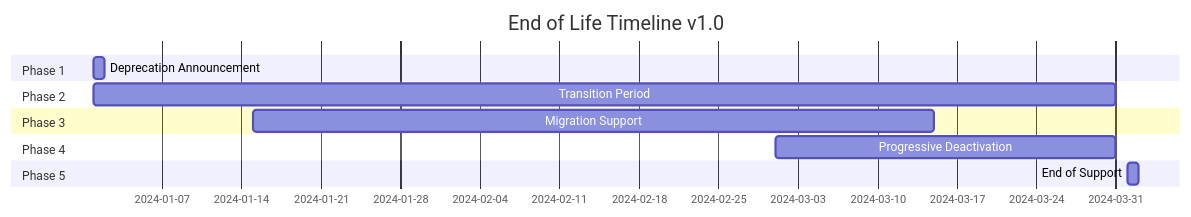
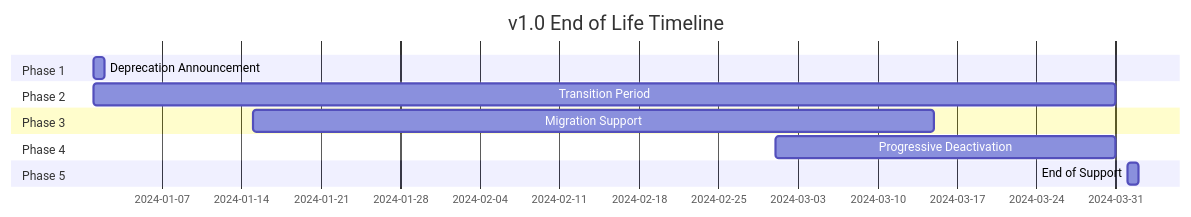
Before and after one commit to monmaya/pyb-data-contracts: the second of 2 diagrams in docs/en/articles/03-workflow-and-versioning.md, drawn with Mermaid. The commit also changed other lines of this file and 10 other files, not shown here.

````diff
--- a/docs/en/articles/03-workflow-and-versioning.md
+++ b/docs/en/articles/03-workflow-and-versioning.md
@@ -233,15 +206,15 @@
 ```mermaid
 gantt
-    title End of Life Timeline v1.0
+    title v1.0 End of Life Timeline
     dateFormat  YYYY-MM-DD
     section Phase 1
     Deprecation Announcement    :2024-01-01, 1d
     section Phase 2
     Transition Period   :2024-01-01, 90d
     section Phase 3
     Migration Support       :2024-01-15, 60d
     section Phase 4
     Progressive Deactivation :2024-03-01, 30d
     section Phase 5
     End of Support         :2024-04-01, 1d
 ```
````
